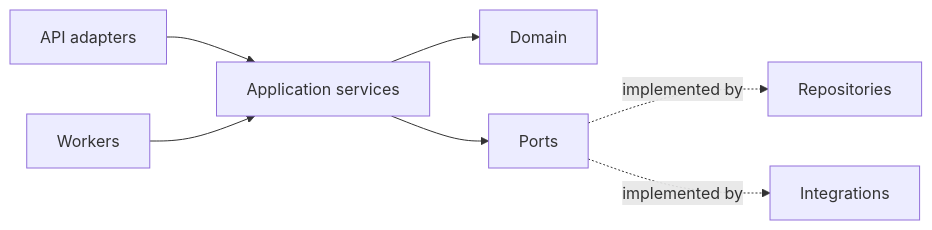
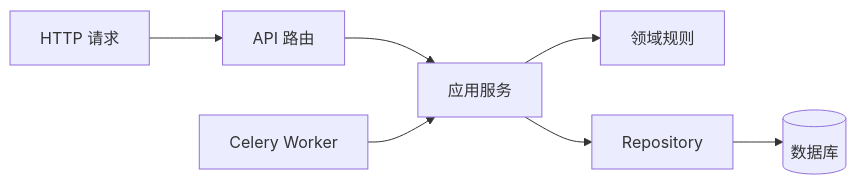
The diagram in docs/backend/fastapi-layered-architecture.md (upJiang/jiang-blog-vitepress), drawn with Mermaid before and after one commit. The commit also changed other lines of this file and 164 other files, not shown here.

````diff
--- a/docs/backend/fastapi-layered-architecture.md
+++ b/docs/backend/fastapi-layered-architecture.md
@@ -33,9 +29,9 @@
 ```mermaid
 flowchart LR
-  A[API adapters] --> S[Application services]
-  S --> D[Domain]
-  S --> P[Ports]
-  P -. implemented by .-> R[Repositories]
-  P -. implemented by .-> I[Integrations]
-  W[Workers] --> S
+  H[HTTP 请求] --> A[API 路由]
+  A --> S[应用服务]
+  S --> D[领域规则]
+  S --> R[Repository]
+  R --> DB[(数据库)]
+  W[Celery Worker] --> S
 ```
````
